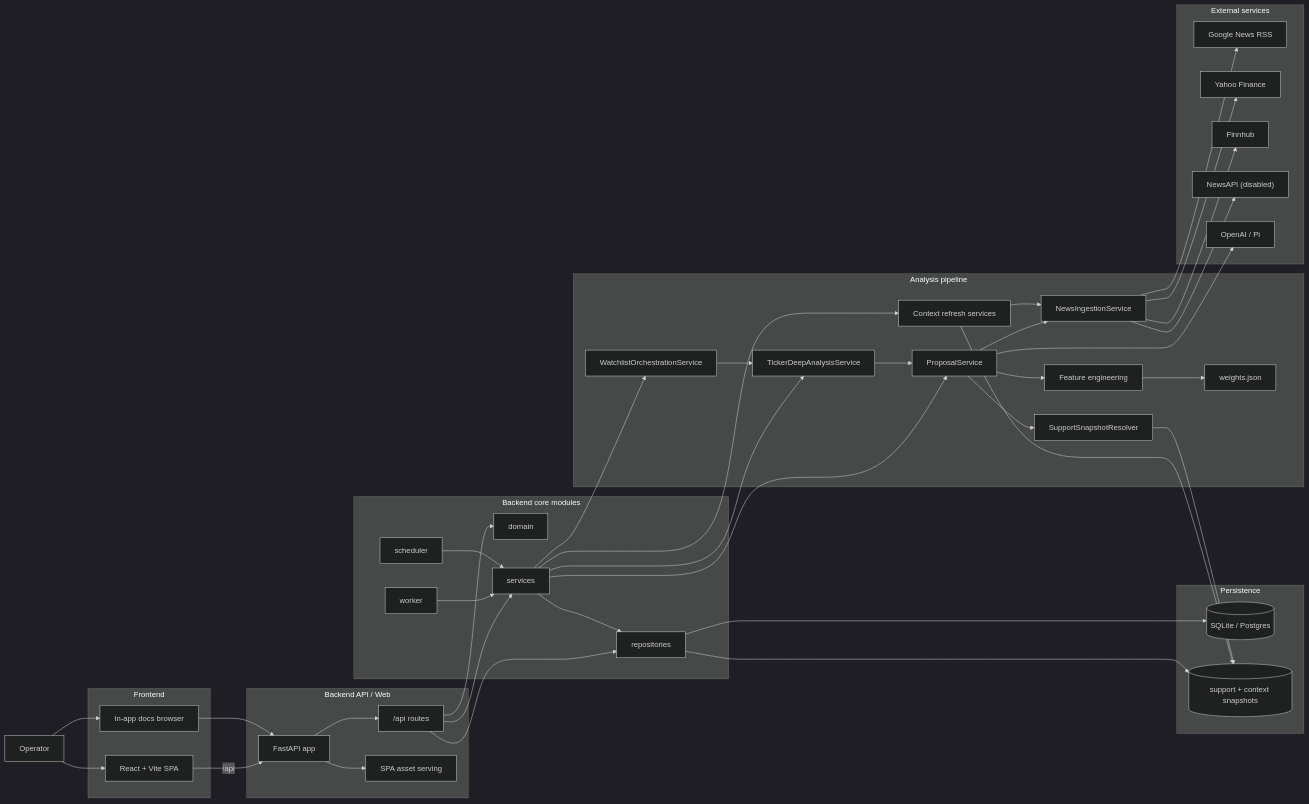
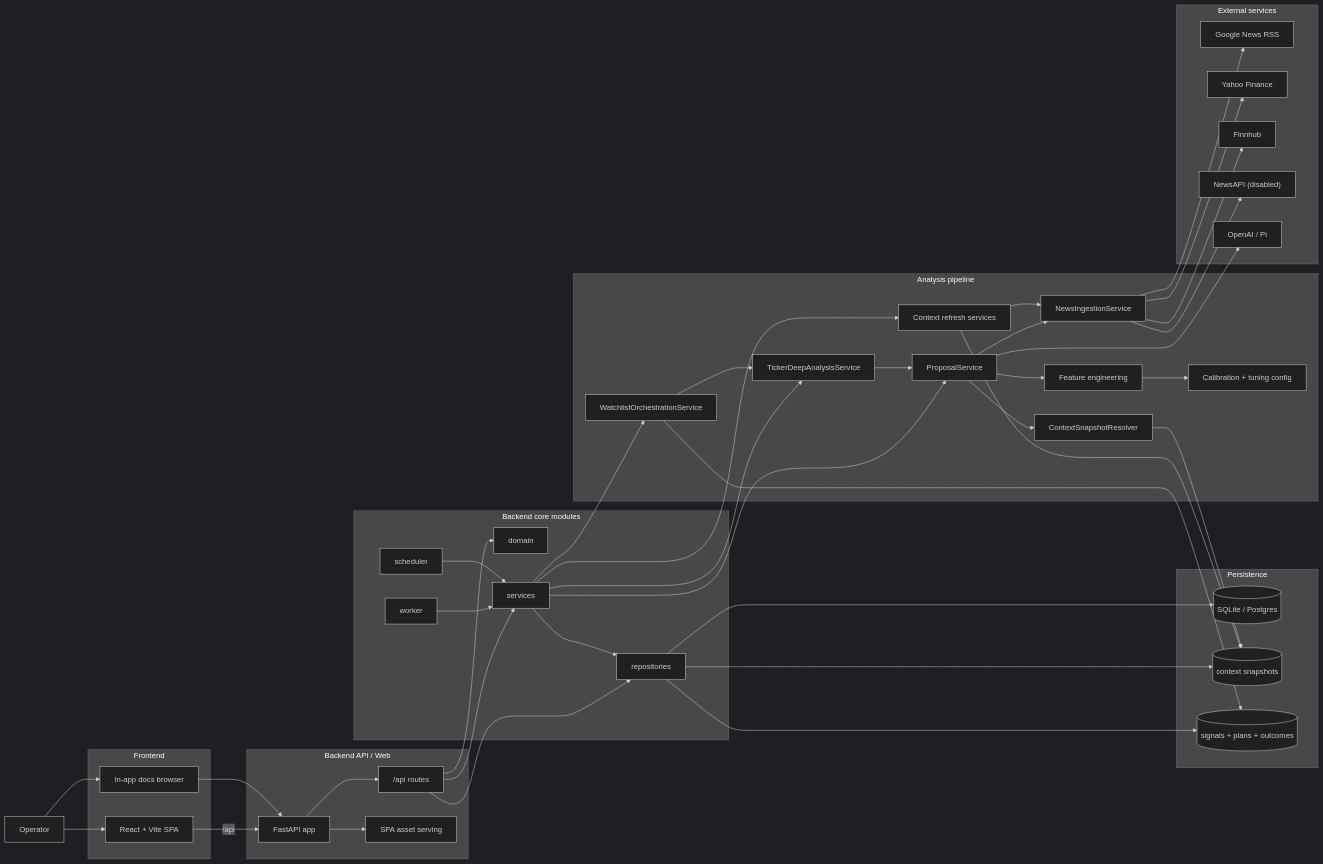
Before and after one commit to NLK511/essepoitenepenti: the diagram in docs/architecture.md, drawn with Mermaid (dark theme). The commit also changed other lines of this file and 61 other files, not shown here.

Commit message:
Clean up context refresh tech debt and phantom evaluation

```diff
--- a/docs/architecture.md
+++ b/docs/architecture.md
@@ -60,17 +60,18 @@
 
     subgraph Storage["Persistence"]
         DB[("SQLite / Postgres")]
-        Snapshots[("support + context snapshots")]
+        ContextSnapshots[("context snapshots")]
+        AnalysisRecords[("signals + plans + outcomes")]
     end
 
     subgraph Pipeline["Analysis pipeline"]
         Orchestration["WatchlistOrchestrationService"]
         DeepAnalysis["TickerDeepAnalysisService"]
         ProposalService["ProposalService"]
-        SnapshotResolver["SupportSnapshotResolver"]
+        SnapshotResolver["ContextSnapshotResolver"]
         NewsIngestionService["NewsIngestionService"]
         FeatureEngine["Feature engineering"]
-        Weights["weights.json"]
+        Calibration["Calibration + tuning config"]
         RefreshServices["Context refresh services"]
     end
 
@@ -96,7 +97,8 @@
     Scheduler --> Services
     Services --> Repositories
     Repositories --> DB
-    Repositories --> Snapshots
+    Repositories --> ContextSnapshots
+    Repositories --> AnalysisRecords
 
     Services --> Orchestration
     Services --> DeepAnalysis
@@ -107,10 +109,11 @@
     ProposalService --> SnapshotResolver
     ProposalService --> FeatureEngine
     ProposalService --> NewsIngestionService
-    FeatureEngine --> Weights
+    FeatureEngine --> Calibration
     RefreshServices --> NewsIngestionService
-    RefreshServices --> Snapshots
-    SnapshotResolver --> Snapshots
+    RefreshServices --> ContextSnapshots
+    SnapshotResolver --> ContextSnapshots
+    Orchestration --> AnalysisRecords
 
     NewsIngestionService --> GoogleNews
     NewsIngestionService --> YahooFinance
```
